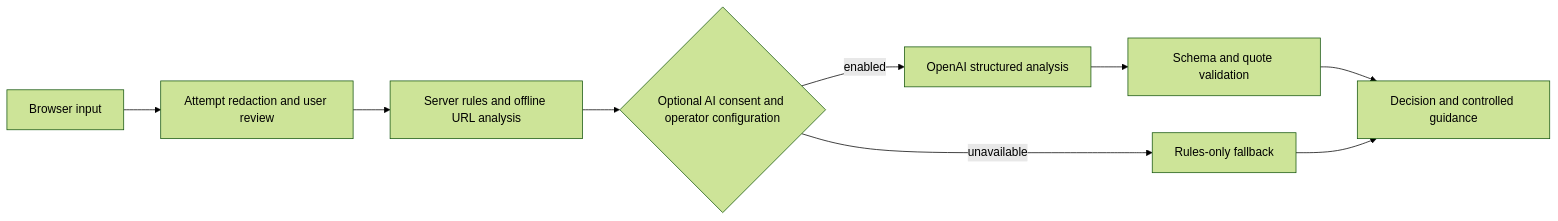
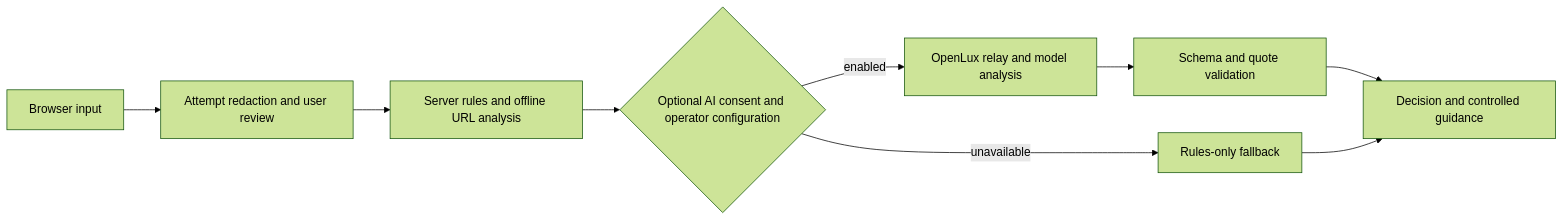
The diagram in README.md (yuanweize/OverTo.AI), drawn with Mermaid (forest theme) before and after one commit. The commit also changed other lines of this file and 47 other files, not shown here.

Commit message:
Add evidence-grounded analysis graph and v1 API

````diff
--- a/README.md
+++ b/README.md
@@ -13,11 +25,11 @@
 ```mermaid
 flowchart LR
   A[Browser input] --> B[Attempt redaction and user review]
   B --> C[Server rules and offline URL analysis]
   C --> D{Optional AI consent and operator configuration}
-  D -->|enabled| E[OpenAI structured analysis]
+  D -->|enabled| E[OpenLux relay and model analysis]
   E --> F[Schema and quote validation]
   D -->|unavailable| G[Rules-only fallback]
   F --> H[Decision and controlled guidance]
   G --> H
 ```
````
